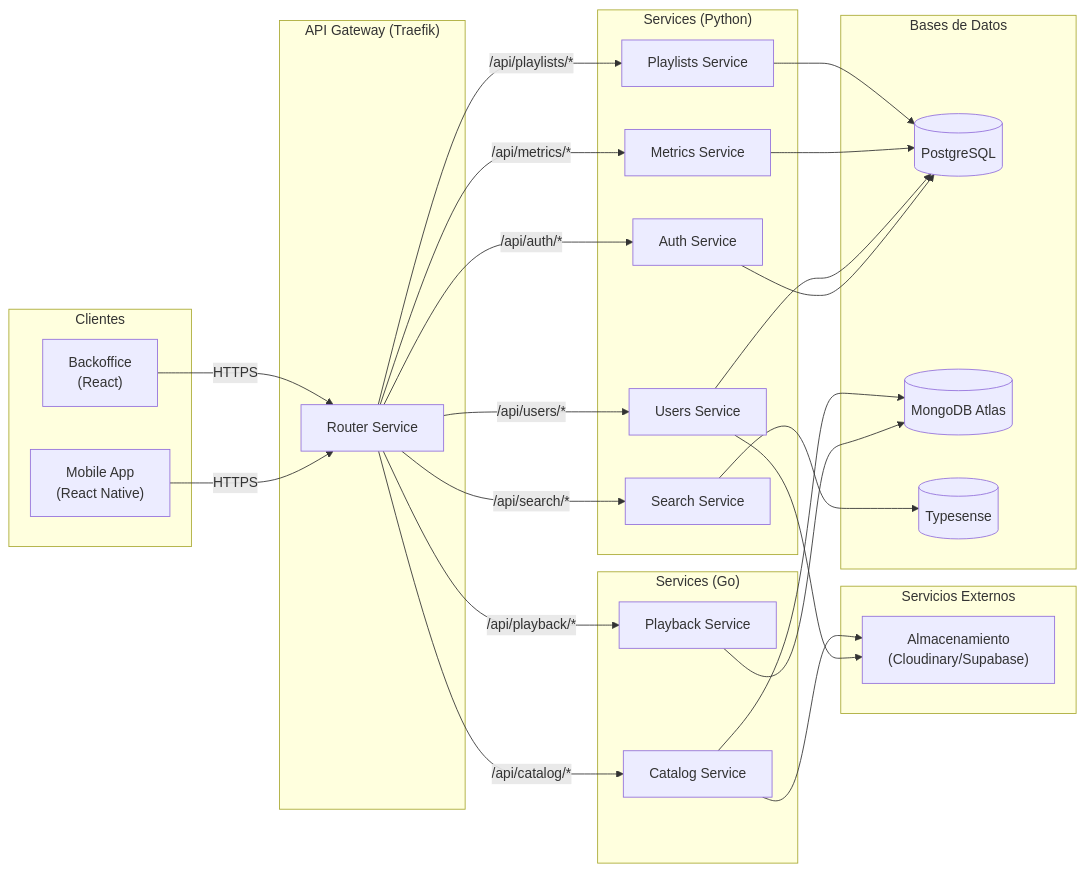
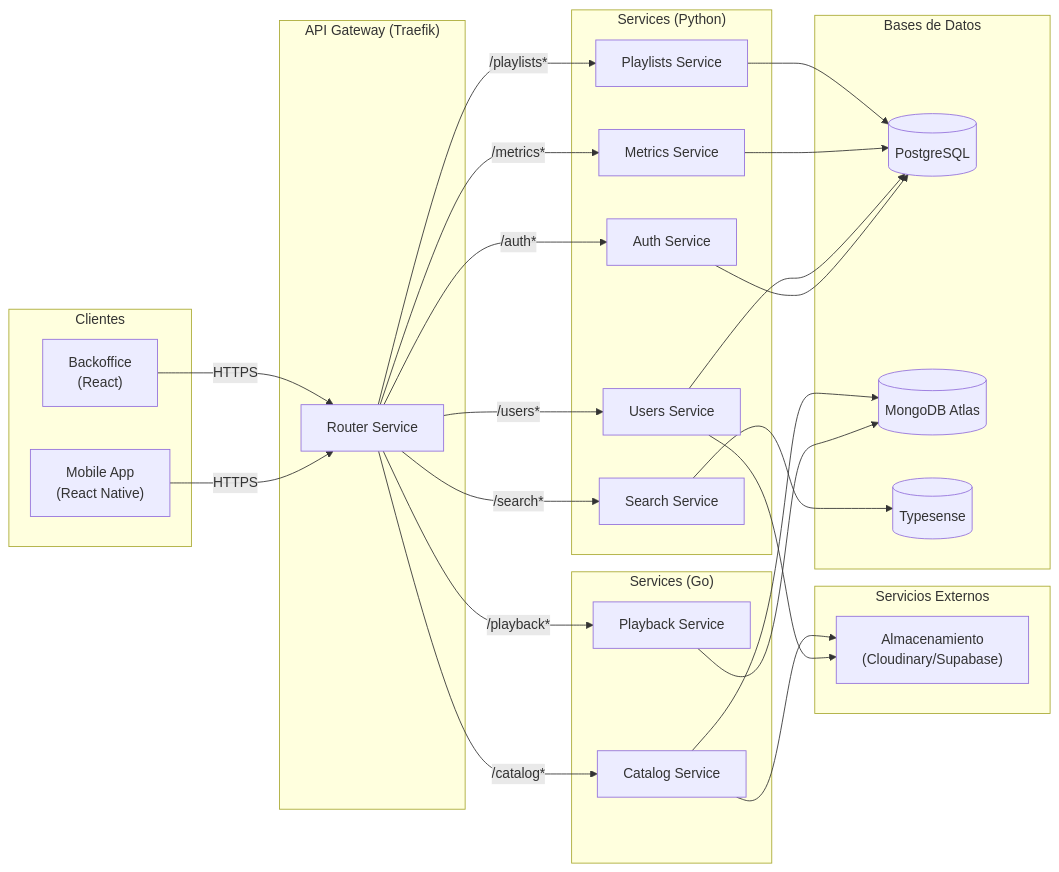
Before and after one commit to Melodia-ID2/melodia-docs: the diagram in bitacoras/bitacora2.md, drawn with Mermaid.

````diff
--- a/bitacoras/bitacora2.md
+++ b/bitacoras/bitacora2.md
@@ -134,67 +134,67 @@
 ```mermaid
 flowchart LR
     %% Clients
     subgraph Clients["Clientes"]
         Mobile["Mobile App<br/>(React Native)"]
         WebUI["Backoffice<br/>(React)"]
     end
 
     %% API Gateway
     subgraph Gateway["API Gateway (Traefik)"]
         Traefik["Router Service"]
     end
 
     %% Services grouped
     subgraph PythonServices["Services (Python)"]
         Auth["Auth Service"]
         Users["Users Service"]
         Metrics["Metrics Service"]
         Search["Search Service"]
         Playlists["Playlists Service"]
     end
 
     subgraph GoServices["Services (Go)"]
         Catalog["Catalog Service"]
         Playback["Playback Service"]
     end
 
     %% Databases
     subgraph Databases["Bases de Datos"]
         Postgres[(PostgreSQL)] 
         Mongo[(MongoDB Atlas)]
         Typesense[(Typesense)]
     end
 
     %% External Services
     subgraph External["Servicios Externos"]
         Storage["Almacenamiento<br/>(Cloudinary/Supabase)"]
     end
 
     %% Edges - Client to Gateway
     Mobile -->|HTTPS| Traefik
     WebUI -->|HTTPS| Traefik
 
     %% Edges - Gateway to Services
-    Traefik -->|/api/auth/*| Auth
-    Traefik -->|/api/users/*| Users
-    Traefik -->|/api/metrics/*| Metrics
-    Traefik -->|/api/catalog/*| Catalog
-    Traefik -->|/api/playback/*| Playback
-    Traefik -->|/api/search/*| Search
-    Traefik -->|/api/playlists/*| Playlists
+    Traefik -->|/auth*| Auth
+    Traefik -->|/users*| Users
+    Traefik -->|/metrics*| Metrics
+    Traefik -->|/catalog*| Catalog
+    Traefik -->|/playback*| Playback
+    Traefik -->|/search*| Search
+    Traefik -->|/playlists*| Playlists
 
     %% Service to Database connections
     Auth --> Postgres
     Users --> Postgres
     Metrics --> Postgres
     Playlists --> Postgres
     
     Playback --> Mongo
     Catalog --> Mongo
     
     Search --> Typesense
 
     %% External service connections
     Users --> Storage
     Catalog --> Storage
 ```
````
